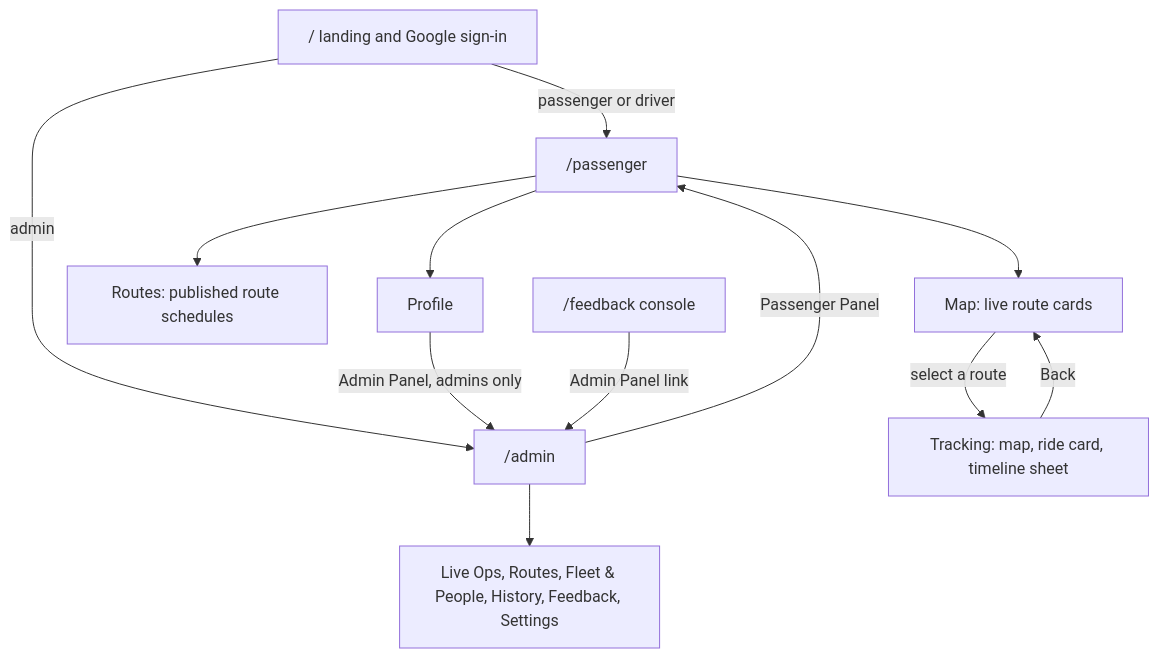
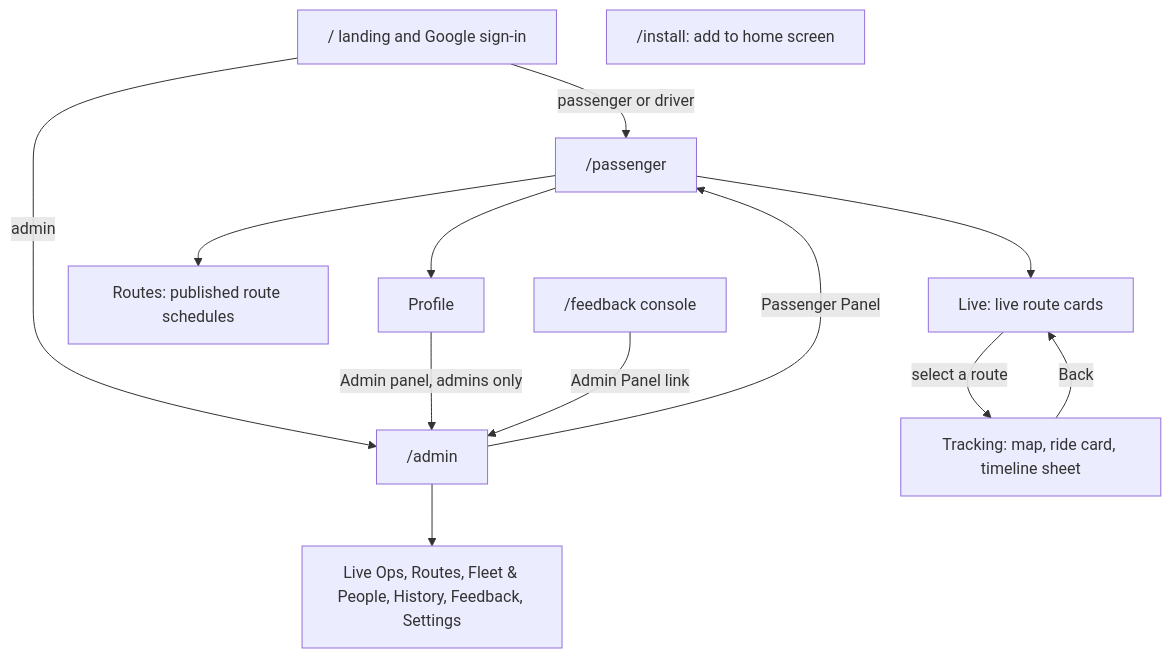
The diagram in docs/design/UI_DESIGN_SYSTEM.md (notnamansinha/Eki), drawn with Mermaid before and after one commit. The commit also changed other lines of this file and 112 other files, not shown here.

````diff
--- a/docs/design/UI_DESIGN_SYSTEM.md
+++ b/docs/design/UI_DESIGN_SYSTEM.md
@@ -439,14 +559,15 @@
 ```mermaid
 flowchart TD
   L["/ landing and Google sign-in"] -->|passenger or driver| P["/passenger"]
   L -->|admin| A["/admin"]
-  P --> R["Map: live route cards"]
+  P --> R["Live: live route cards"]
   R -->|select a route| T["Tracking: map, ride card, timeline sheet"]
   T -->|Back| R
   P --> S["Routes: published route schedules"]
   P --> PR["Profile"]
-  PR -->|Admin Panel, admins only| A
+  PR -->|Admin panel, admins only| A
   A --> TABS["Live Ops, Routes, Fleet & People, History, Feedback, Settings"]
   A -->|Passenger Panel| P
   F["/feedback console"] -->|Admin Panel link| A
+  I["/install: add to home screen"]
 ```
````
